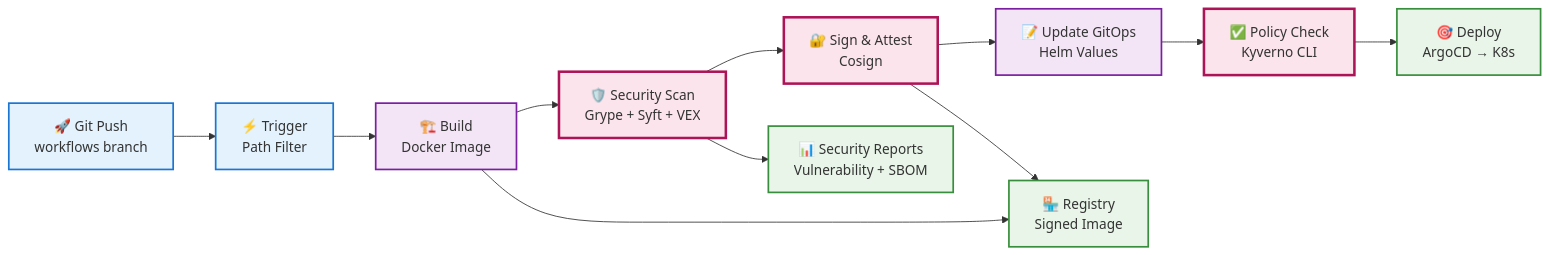
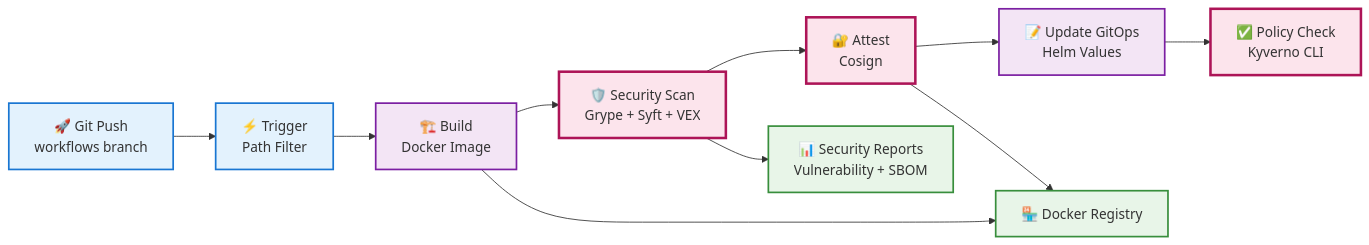
The second of 4 diagrams in README.md (anuddeeph1/devops-k8s-case-study), drawn with Mermaid before and after one commit. The commit also changed other lines of this file, not shown here.

First line of the commit message:
📊 Add Infrastructure Deployment Script workflow diagram

````diff
--- a/README.md
+++ b/README.md
@@ -213,44 +213,43 @@
 ```mermaid
 flowchart LR
     %% Input
     PUSH["🚀 Git Push<br/>workflows branch"]
     
     %% CI Pipeline Stages
     TRIGGER["⚡ Trigger<br/>Path Filter"]
     BUILD["🏗️ Build<br/>Docker Image"]
     SCAN["🛡️ Security Scan<br/>Grype + Syft + VEX"]
-    SIGN["🔐 Sign & Attest<br/>Cosign"]
+    SIGN["🔐 Attest<br/>Cosign"]
     UPDATE["📝 Update GitOps<br/>Helm Values"]
     VALIDATE["✅ Policy Check<br/>Kyverno CLI"]
     
     %% Outputs
-    REGISTRY["🏪 Registry<br/>Signed Image"]
+    REGISTRY["🏪 Docker Registry<br/>"]
     REPORTS["📊 Security Reports<br/>Vulnerability + SBOM"]
-    DEPLOY["🎯 Deploy<br/>ArgoCD → K8s"]
     
     %% Flow
     PUSH --> TRIGGER
     TRIGGER --> BUILD
     BUILD --> SCAN
     SCAN --> SIGN
     SIGN --> UPDATE
     UPDATE --> VALIDATE
     
     %% Outputs
     BUILD --> REGISTRY
     SCAN --> REPORTS  
     SIGN --> REGISTRY
-    VALIDATE --> DEPLOY
+ 
     
     %% Styling
     classDef trigger fill:#e3f2fd,stroke:#1976d2,stroke-width:2px
     classDef build fill:#f3e5f5,stroke:#7b1fa2,stroke-width:2px
     classDef security fill:#fce4ec,stroke:#ad1457,stroke-width:3px
     classDef output fill:#e8f5e8,stroke:#388e3c,stroke-width:2px
     
     class PUSH,TRIGGER trigger
     class BUILD build
     class SCAN,SIGN,VALIDATE security
     class REGISTRY,REPORTS,DEPLOY output
     class UPDATE build
 ```
````
